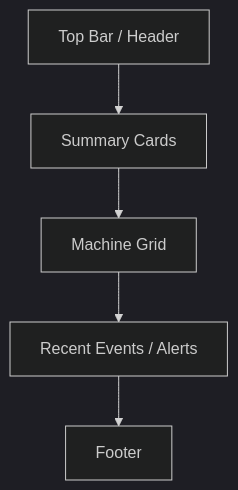
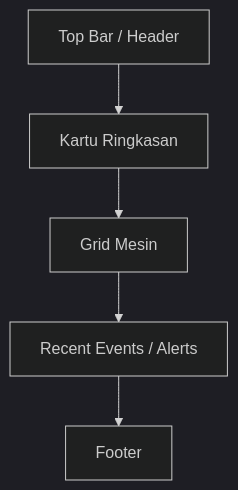
Before and after one commit to fachriramdhan/WORKORDER: the fifth of 8 diagrams in README.md, drawn with Mermaid (dark theme). The commit also changed other lines of this file, not shown here.

````diff
--- a/README.md
+++ b/README.md
@@ -553,10 +553,10 @@
 ```mermaid
 flowchart TB
     A[Top Bar / Header]
-    B[Summary Cards]
-    C[Machine Grid]
+    B[Kartu Ringkasan]
+    C[Grid Mesin]
     D[Recent Events / Alerts]
     E[Footer]
 
     A --> B --> C --> D --> E
 ```
````
